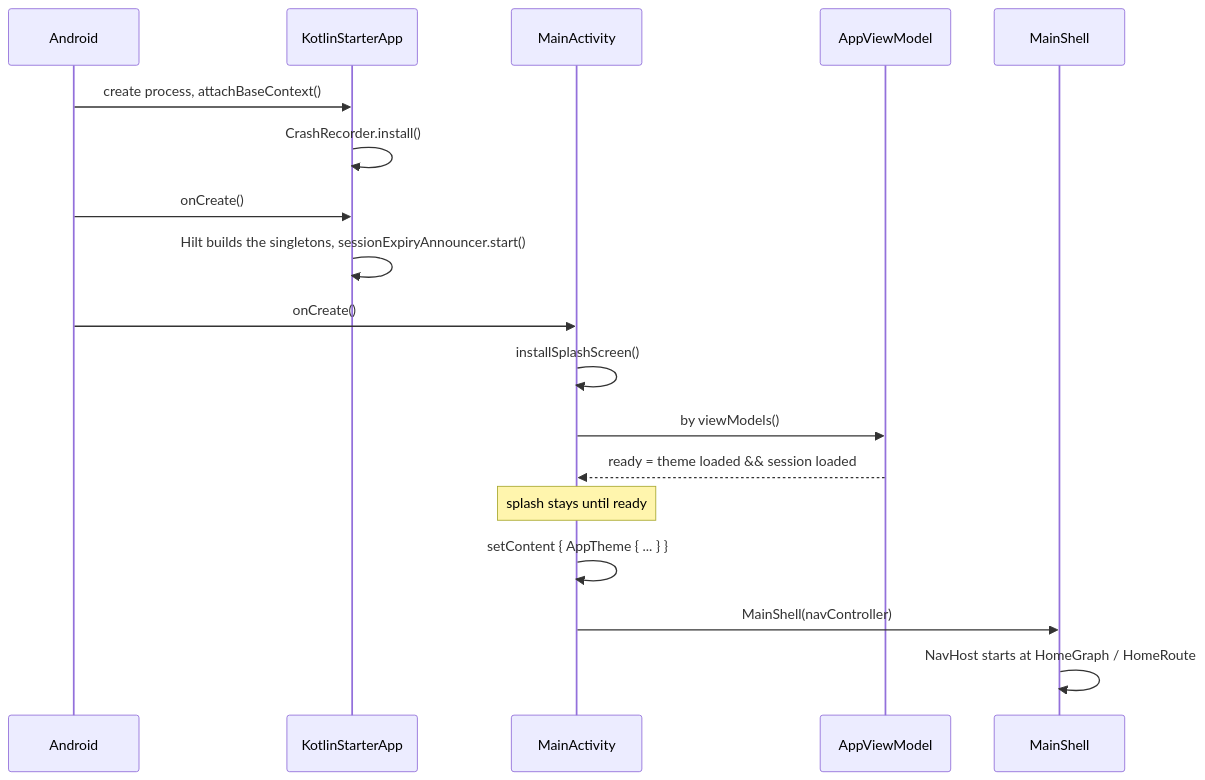
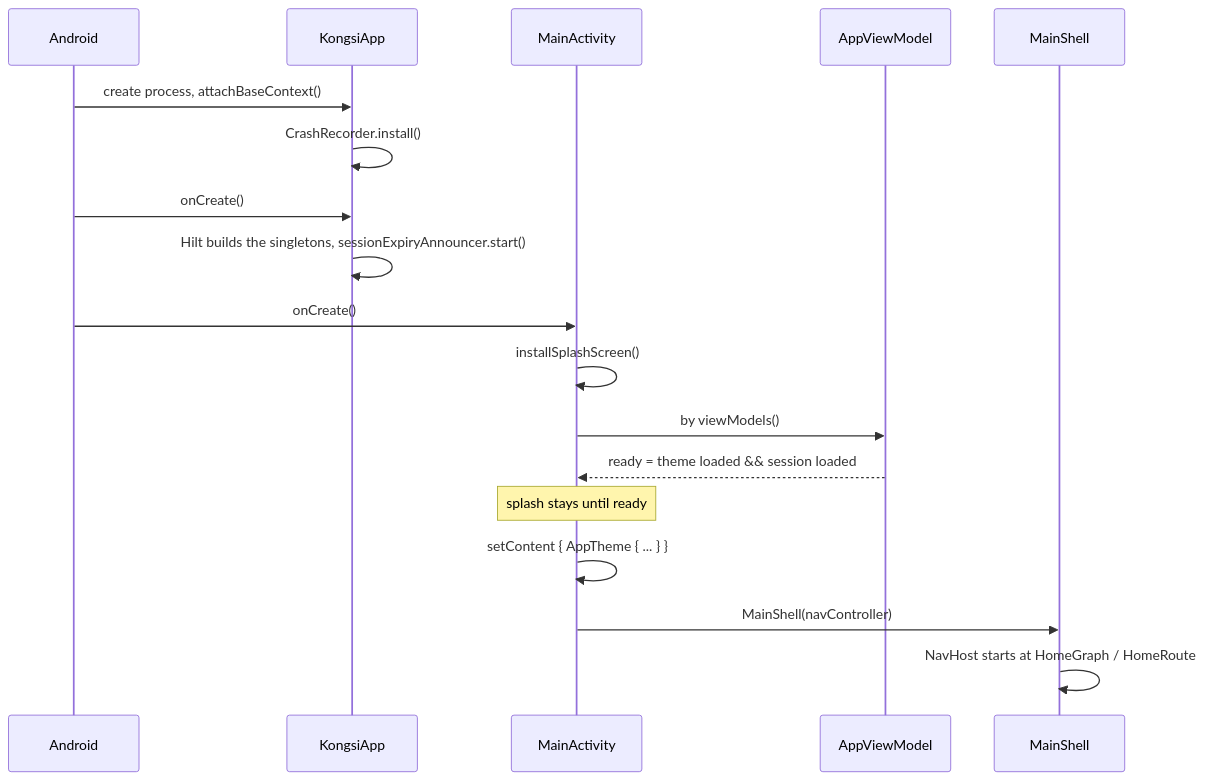
Before and after one commit to primestrider/kongsi-mobile-app: the first of 2 diagrams in docs/learning/02-from-launch-to-pixels.md, drawn with Mermaid. The commit also changed other lines of this file and 723 other files, not shown here.

````diff
--- a/docs/learning/02-from-launch-to-pixels.md
+++ b/docs/learning/02-from-launch-to-pixels.md
@@ -8,20 +8,20 @@
 ```mermaid
 sequenceDiagram
     participant OS as Android
-    participant App as KotlinStarterApp
+    participant App as KongsiApp
     participant Act as MainActivity
     participant VM as AppViewModel
     participant Shell as MainShell
     OS->>App: create process, attachBaseContext()
     App->>App: CrashRecorder.install()
     OS->>App: onCreate()
     App->>App: Hilt builds the singletons, sessionExpiryAnnouncer.start()
     OS->>Act: onCreate()
     Act->>Act: installSplashScreen()
     Act->>VM: by viewModels()
     VM-->>Act: ready = theme loaded && session loaded
     Note over Act: splash stays until ready
     Act->>Act: setContent { AppTheme { ... } }
     Act->>Shell: MainShell(navController)
     Shell->>Shell: NavHost starts at HomeGraph / HomeRoute
 ```
````
